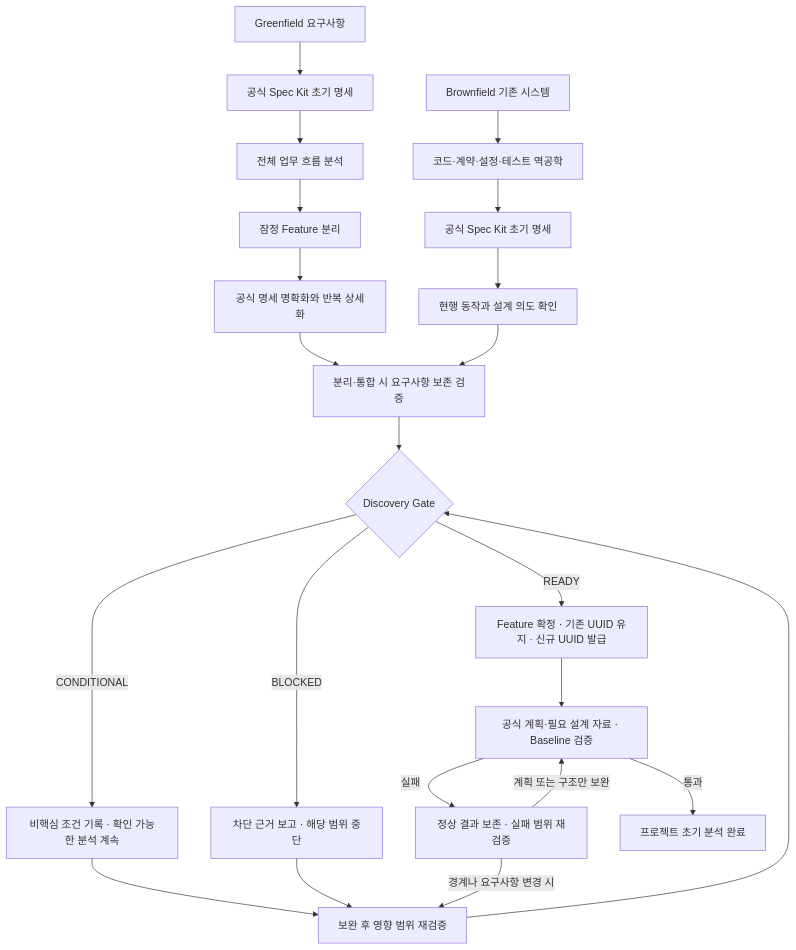
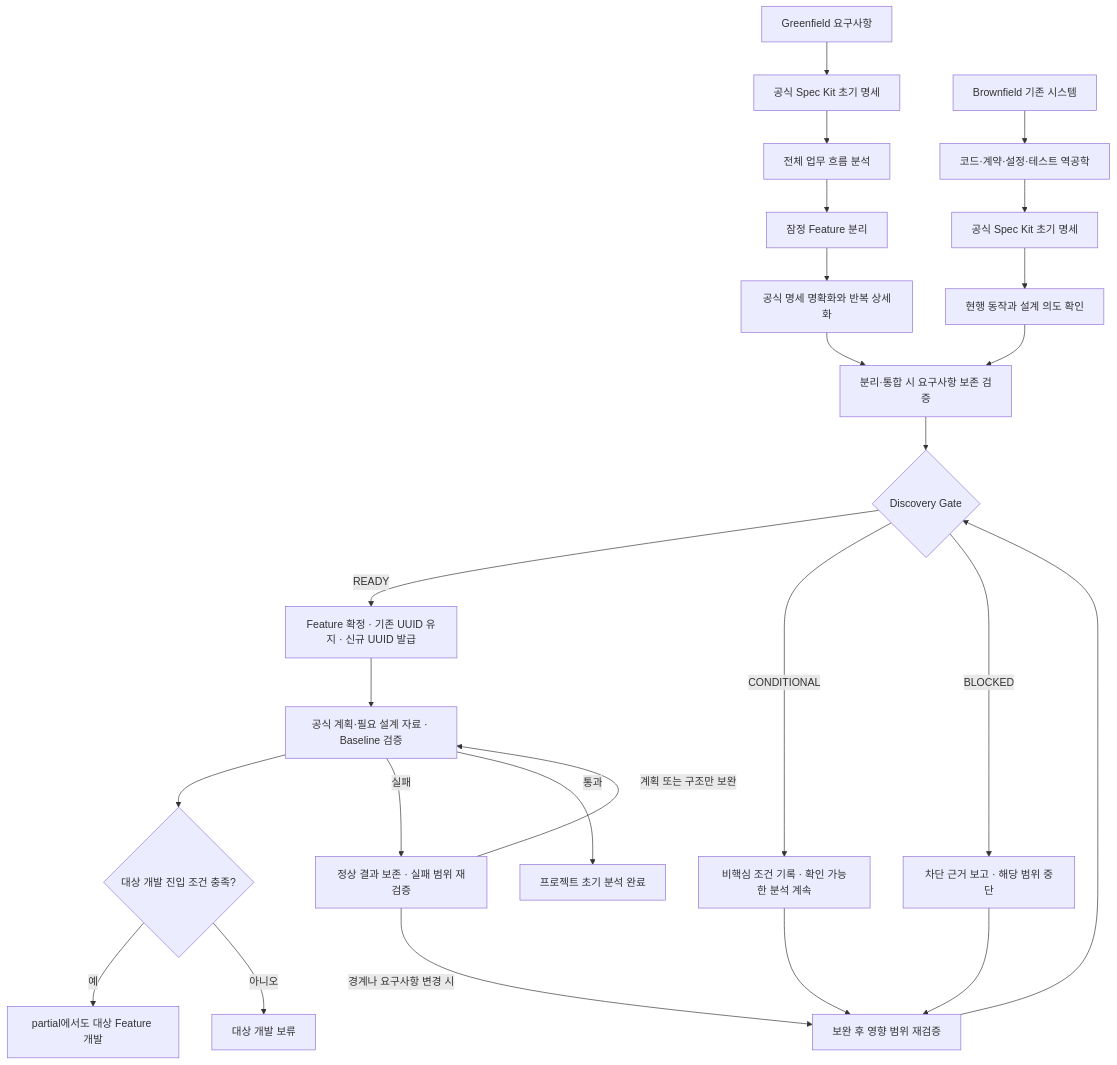
The diagram in docs/design/03-analysis-standard.md (jungsangU/spec-thread), drawn with Mermaid before and after one commit. The commit also changed other lines of this file and 32 other files, not shown here.

```diff
--- a/docs/design/03-analysis-standard.md
+++ b/docs/design/03-analysis-standard.md
@@ -26,24 +26,27 @@
 ~~~mermaid
 flowchart TD
   G["Greenfield 요구사항"] --> GS["공식 Spec Kit 초기 명세"]
   GS --> W["전체 업무 흐름 분석"]
   W --> F["잠정 Feature 분리"]
   F --> R["공식 명세 명확화와 반복 상세화"]
   B["Brownfield 기존 시스템"] --> E["코드·계약·설정·테스트 역공학"]
   E --> BS["공식 Spec Kit 초기 명세"]
   BS --> BD["현행 동작과 설계 의도 확인"]
   R --> M["분리·통합 시 요구사항 보존 검증"]
   BD --> M
   M --> D{"Discovery Gate"}
   D -->|READY| C["Feature 확정 · 기존 UUID 유지 · 신규 UUID 발급"]
   D -->|CONDITIONAL| Q["비핵심 조건 기록 · 확인 가능한 분석 계속"]
   D -->|BLOCKED| X["차단 근거 보고 · 해당 범위 중단"]
   Q --> V["보완 후 영향 범위 재검증"]
   X --> V
   V --> D
   C --> P["공식 계획·필요 설계 자료 · Baseline 검증"]
+  P --> ENTRY{"대상 개발 진입 조건 충족?"}
+  ENTRY -->|예| DEV["partial에서도 대상 Feature 개발"]
+  ENTRY -->|아니오| HOLD["대상 개발 보류"]
   P -->|실패| J["정상 결과 보존 · 실패 범위 재검증"]
   J -->|경계나 요구사항 변경 시| V
   J -->|계획 또는 구조만 보완| P
   P -->|통과| I["프로젝트 초기 분석 완료"]
 ~~~
```
